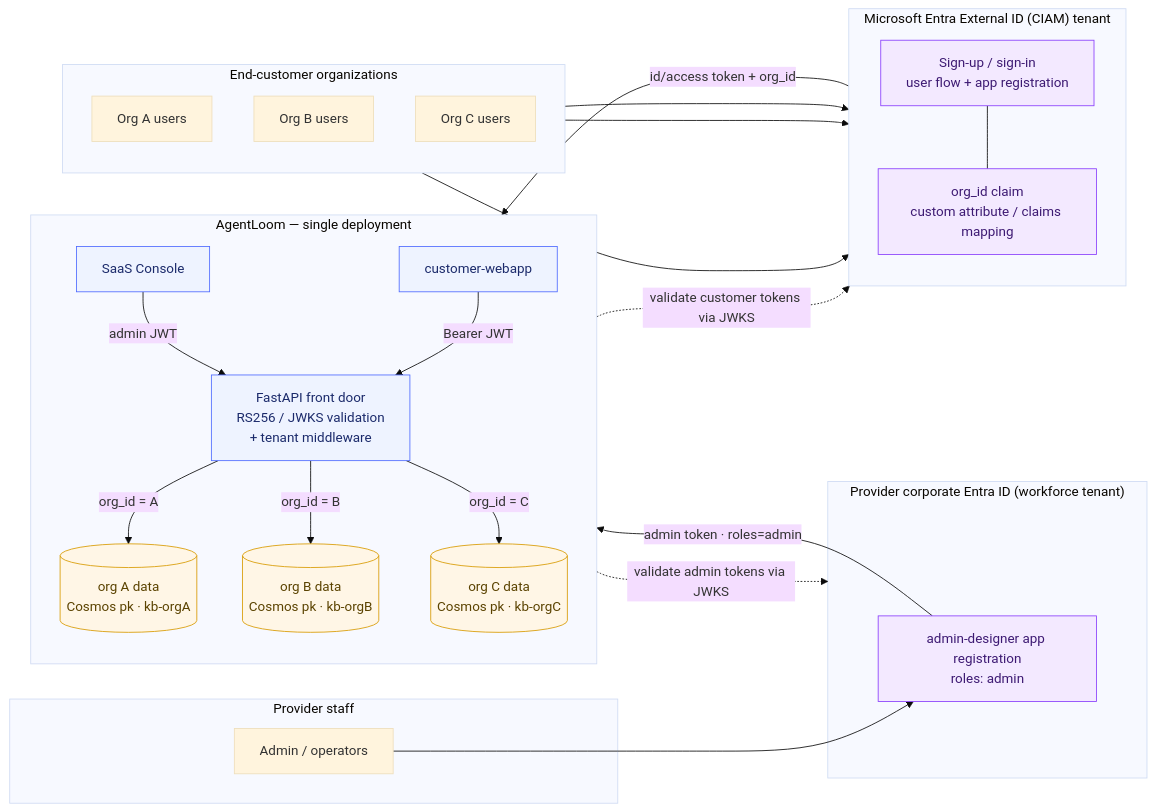
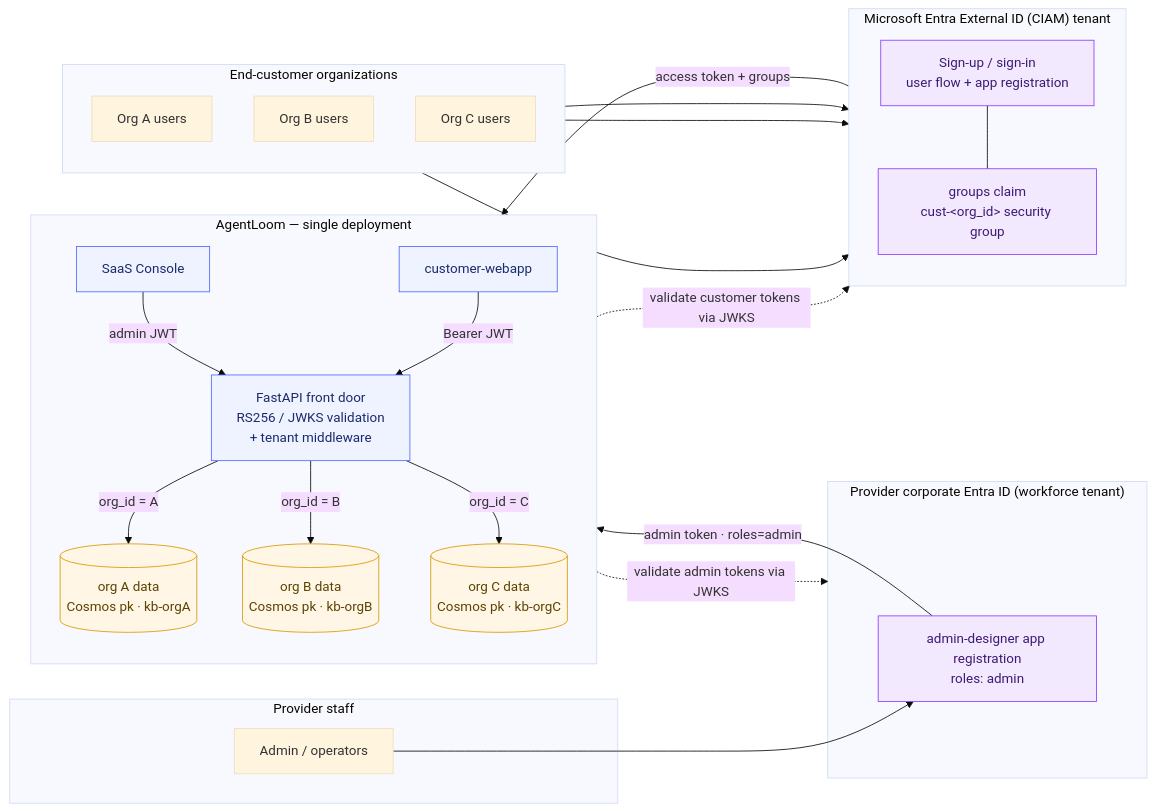
One commit to pietrobr/agent-loom changed the second of 3 diagrams in README.md. Above: the diagram before and after it, drawn with Mermaid (base theme). The commit also changed other lines of this file and 5 other files, not shown here.

Commit message:
feat: update authentication flow to use 'login' prompt for user sign-in and enhance README with security group mapping details

````diff
--- a/README.md
+++ b/README.md
@@ -128,55 +130,55 @@
 ```mermaid
 flowchart LR
     subgraph Admins["Provider staff"]
       OPS["Admin / operators"]
     end
     subgraph Orgs["End-customer organizations"]
       direction TB
       UA["Org A users"]
       UB["Org B users"]
       UC["Org C users"]
     end
 
     subgraph WF["Provider corporate Entra ID (workforce tenant)"]
       ADAPP["admin-designer app registration<br/>roles: admin"]
     end
 
     subgraph CIAM["Microsoft Entra External ID (CIAM) tenant"]
       direction TB
       UF["Sign-up / sign-in<br/>user flow + app registration"]
-      CLAIM["org_id claim<br/>custom attribute / claims mapping"]
+      CLAIM["groups claim<br/>cust-&lt;org_id&gt; security group"]
       UF --- CLAIM
     end
 
     subgraph Deploy["AgentLoom — single deployment"]
       direction TB
       AD["SaaS Console"]
       FE["customer-webapp"]
       API["FastAPI front door<br/>RS256 / JWKS validation<br/>+ tenant middleware"]
       DA[("org A data<br/>Cosmos pk · kb-orgA")]
       DB[("org B data<br/>Cosmos pk · kb-orgB")]
       DC[("org C data<br/>Cosmos pk · kb-orgC")]
     end
 
     OPS --> ADAPP
     UA --> UF
     UB --> UF
     UC --> UF
 
     ADAPP -- "admin token · roles=admin" --> AD
-    CLAIM -- "id/access token + org_id" --> FE
+    CLAIM -- "access token + groups" --> FE
     AD -- "admin JWT" --> API
     FE -- "Bearer JWT" --> API
     API -. "validate admin tokens via JWKS" .-> WF
     API -. "validate customer tokens via JWKS" .-> CIAM
     API -- "org_id = A" --> DA
     API -- "org_id = B" --> DB
     API -- "org_id = C" --> DC
 
     classDef store fill:#fff6e6,stroke:#d89a00,color:#5b4300;
     classDef compute fill:#eef3ff,stroke:#4F6BFF,color:#1b2a6b;
     classDef idp fill:#f3e9ff,stroke:#8a3ffc,color:#3d1a73;
     class DA,DB,DC store;
     class AD,FE,API compute;
     class UF,CLAIM,ADAPP idp;
 ```
````
